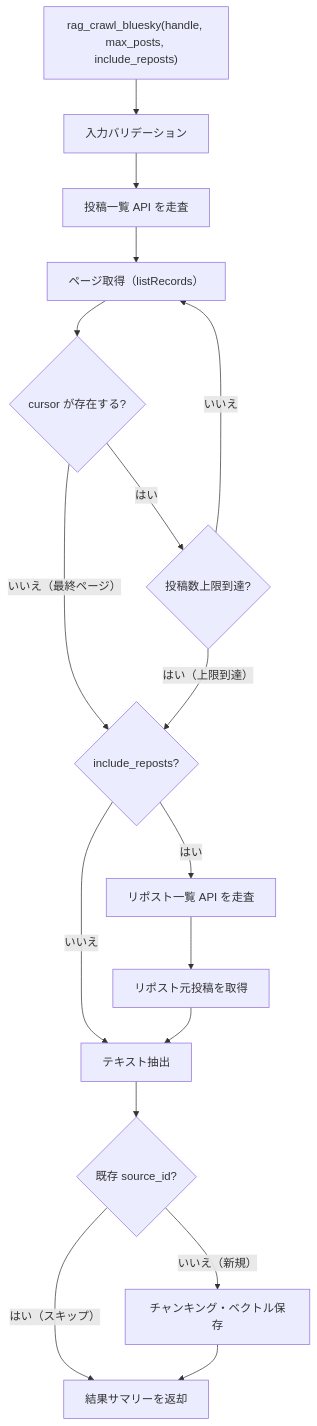
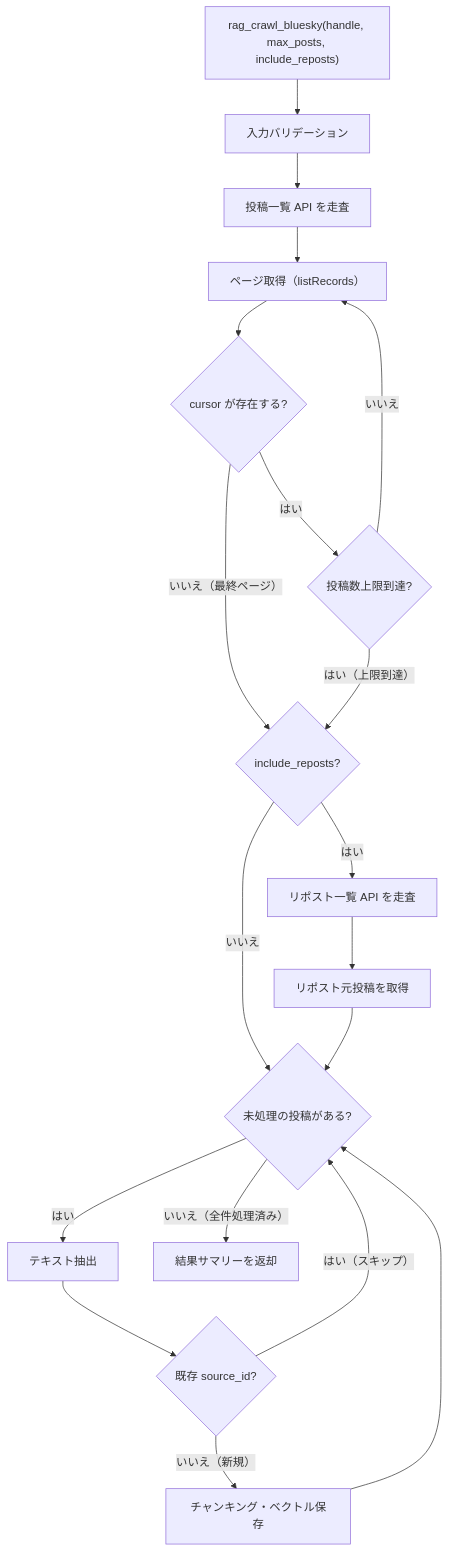
Before and after one commit to becky3/rag-knowledge: the second of 2 diagrams in docs/specs/bluesky-ingester.md, drawn with Mermaid. The commit also changed other lines of this file, not shown here.

````diff
--- a/docs/specs/bluesky-ingester.md
+++ b/docs/specs/bluesky-ingester.md
@@ -224,33 +274,36 @@
 ```mermaid
 flowchart TD
     START["rag_crawl_bluesky(handle, max_posts, include_reposts)"]
     VALIDATE["入力バリデーション"]
     DISCOVER["投稿一覧 API を走査"]
     PAGE["ページ取得（listRecords）"]
     CHECK_CURSOR{"cursor が存在する?"}
     CHECK_LIMIT{"投稿数上限到達?"}
     REPOST_CHECK{"include_reposts?"}
     REPOST_DISCOVER["リポスト一覧 API を走査"]
     REPOST_FETCH["リポスト元投稿を取得"]
+    EACH_POST{"未処理の投稿がある?"}
     EXTRACT["テキスト抽出"]
     SKIP_CHECK{"既存 source_id?"}
     INGEST["チャンキング・ベクトル保存"]
     RESULT["結果サマリーを返却"]
 
     START --> VALIDATE
     VALIDATE --> DISCOVER
     DISCOVER --> PAGE
     PAGE --> CHECK_CURSOR
     CHECK_CURSOR -->|"いいえ（最終ページ）"| REPOST_CHECK
     CHECK_CURSOR -->|"はい"| CHECK_LIMIT
     CHECK_LIMIT -->|"はい（上限到達）"| REPOST_CHECK
     CHECK_LIMIT -->|"いいえ"| PAGE
     REPOST_CHECK -->|"はい"| REPOST_DISCOVER
-    REPOST_CHECK -->|"いいえ"| EXTRACT
+    REPOST_CHECK -->|"いいえ"| EACH_POST
     REPOST_DISCOVER --> REPOST_FETCH
-    REPOST_FETCH --> EXTRACT
+    REPOST_FETCH --> EACH_POST
+    EACH_POST -->|"はい"| EXTRACT
+    EACH_POST -->|"いいえ（全件処理済み）"| RESULT
     EXTRACT --> SKIP_CHECK
-    SKIP_CHECK -->|"はい（スキップ）"| RESULT
+    SKIP_CHECK -->|"はい（スキップ）"| EACH_POST
     SKIP_CHECK -->|"いいえ（新規）"| INGEST
-    INGEST --> RESULT
+    INGEST --> EACH_POST
 ```
````
